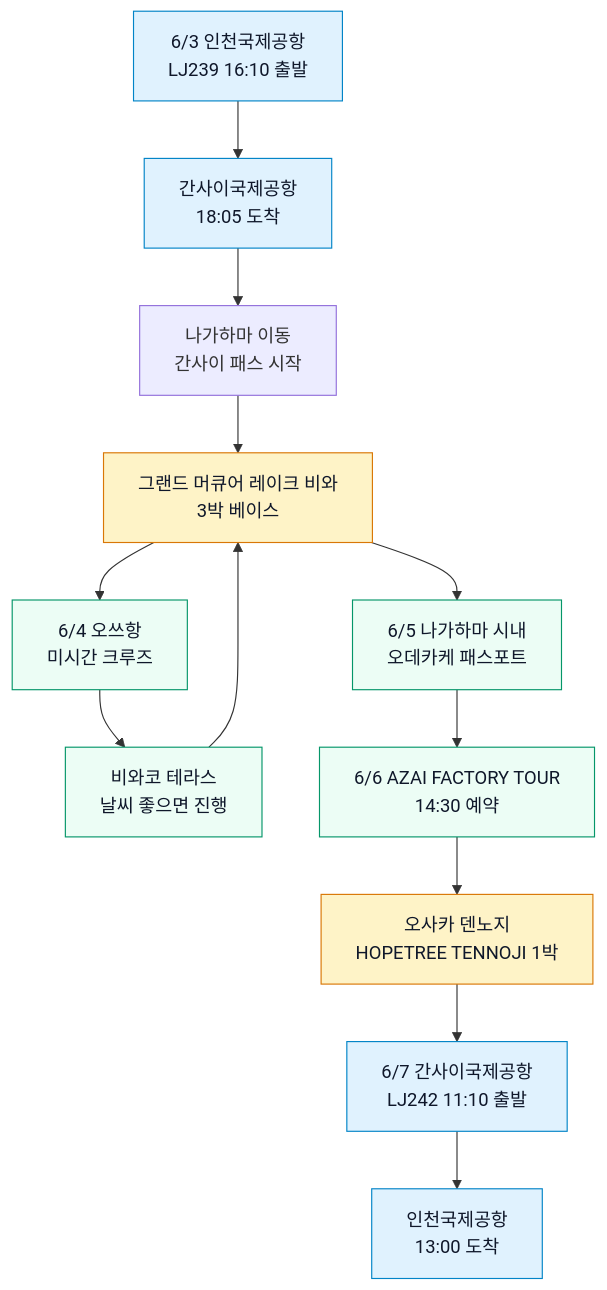
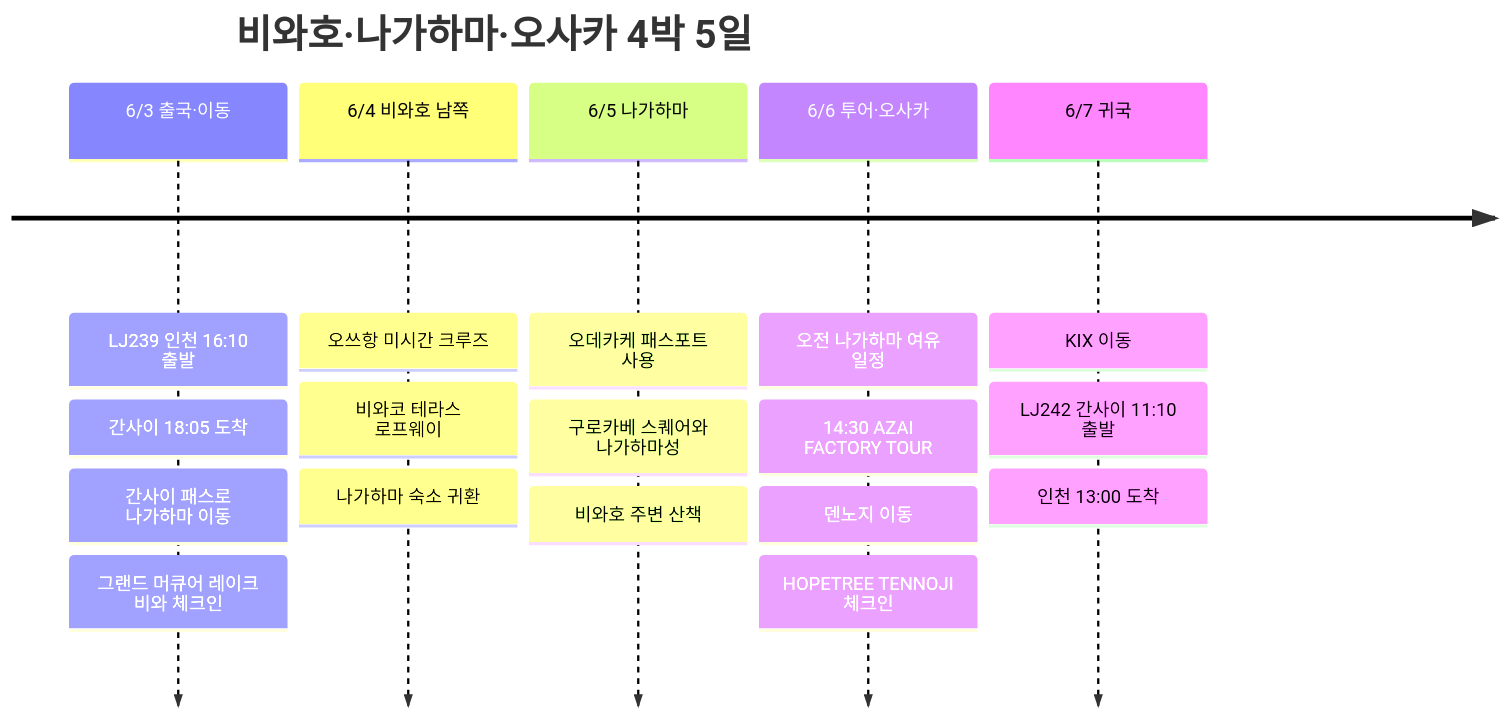
The diagram in src/content/posts/2026-06-03-lake-biwa-nagahama-osaka.md (gongdongho12/commit-map), drawn with Mermaid before and after one commit. The commit also changed other lines of this file and 1 other file, not shown here.

Commit message:
content: switch osaka trip diagram to timeline

````diff
--- a/src/content/posts/2026-06-03-lake-biwa-nagahama-osaka.md
+++ b/src/content/posts/2026-06-03-lake-biwa-nagahama-osaka.md
@@ -203,21 +203,21 @@
 ```mermaid
-flowchart TD
-  A["6/3 인천국제공항<br/>LJ239 16:10 출발"] --> B["간사이국제공항<br/>18:05 도착"]
-  B --> C["나가하마 이동<br/>간사이 패스 시작"]
-  C --> D["그랜드 머큐어 레이크 비와<br/>3박 베이스"]
-  D --> E["6/4 오쓰항<br/>미시간 크루즈"]
-  E --> F["비와코 테라스<br/>날씨 좋으면 진행"]
-  F --> D
-  D --> G["6/5 나가하마 시내<br/>오데카케 패스포트"]
-  G --> H["6/6 AZAI FACTORY TOUR<br/>14:30 예약"]
-  H --> I["오사카 덴노지<br/>HOPETREE TENNOJI 1박"]
-  I --> J["6/7 간사이국제공항<br/>LJ242 11:10 출발"]
-  J --> K["인천국제공항<br/>13:00 도착"]
-
-  classDef flight fill:#e0f2fe,stroke:#0284c7,color:#0f172a
-  classDef stay fill:#fef3c7,stroke:#d97706,color:#0f172a
-  classDef activity fill:#ecfdf5,stroke:#059669,color:#0f172a
-  class A,B,J,K flight
-  class D,I stay
-  class E,F,G,H activity
+timeline
+  title 비와호·나가하마·오사카 4박 5일
+  6/3 출국·이동 : LJ239 인천 16:10 출발
+                : 간사이 18:05 도착
+                : 간사이 패스로 나가하마 이동
+                : 그랜드 머큐어 레이크 비와 체크인
+  6/4 비와호 남쪽 : 오쓰항 미시간 크루즈
+                  : 비와코 테라스 로프웨이
+                  : 나가하마 숙소 귀환
+  6/5 나가하마 : 오데카케 패스포트 사용
+               : 구로카베 스퀘어와 나가하마성
+               : 비와호 주변 산책
+  6/6 투어·오사카 : 오전 나가하마 여유 일정
+                   : 14:30 AZAI FACTORY TOUR
+                   : 덴노지 이동
+                   : HOPETREE TENNOJI 체크인
+  6/7 귀국 : KIX 이동
+            : LJ242 간사이 11:10 출발
+            : 인천 13:00 도착
 ```
````
